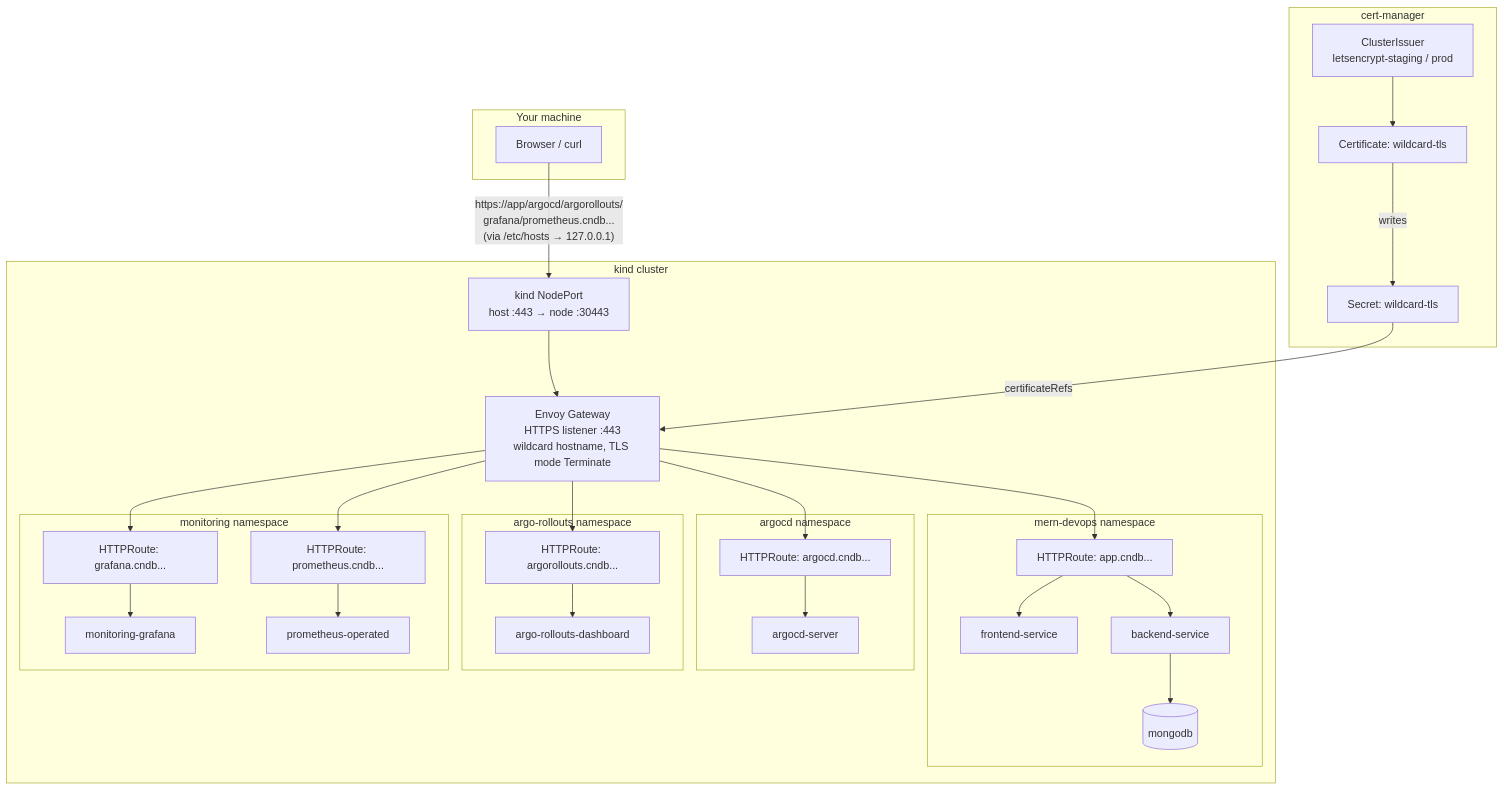
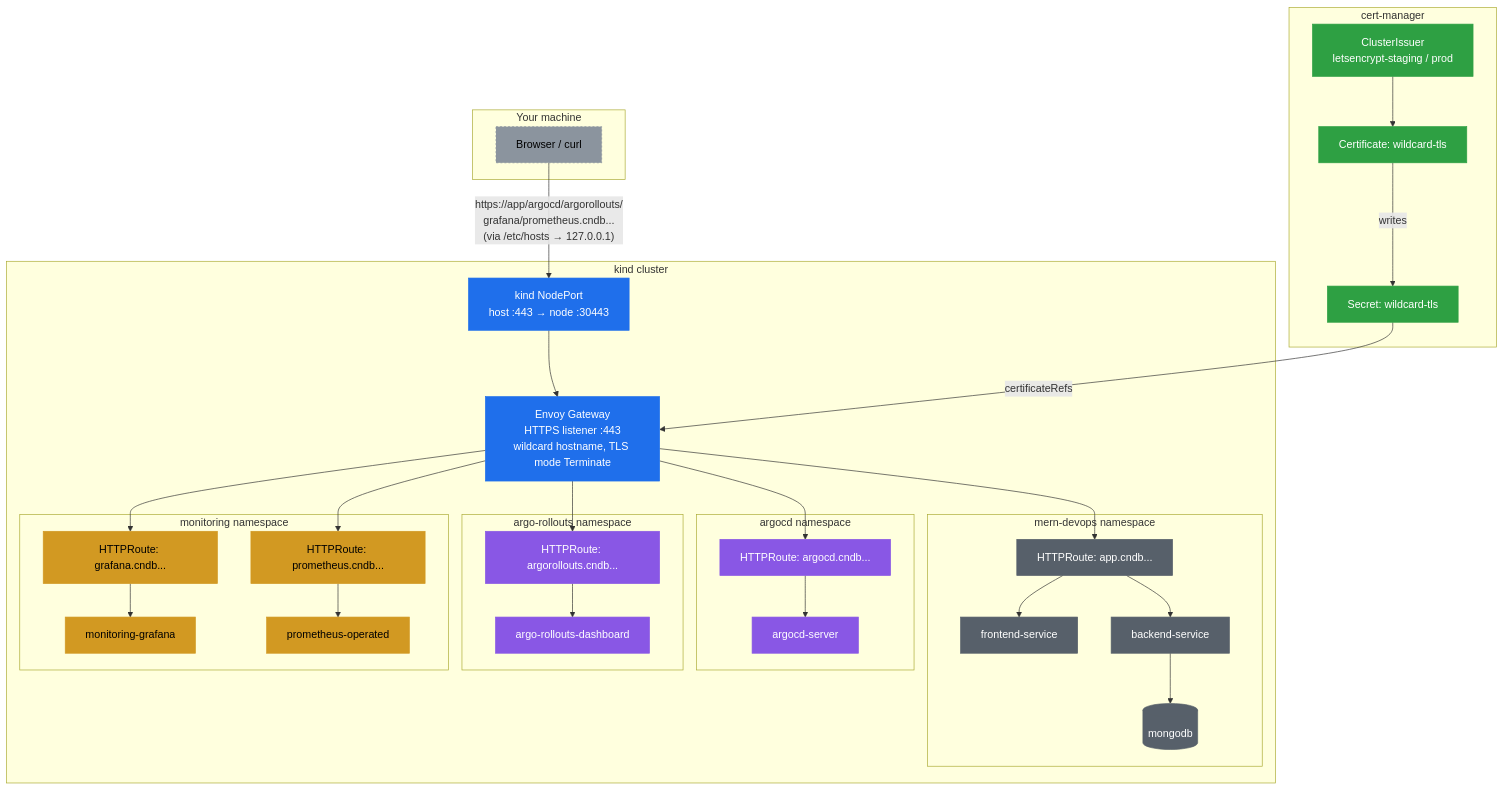
The second of 3 diagrams in README.md (atkaridarshan04/cloudnative-devops-blueprint), drawn with Mermaid before and after one commit. The commit also changed other lines of this file and 24 other files, not shown here.

Commit message:
docs: fix doc/manifest mismatches, trim noisy comments, improve diagrams, reorganize assets, drop dead config

````diff
--- a/README.md
+++ b/README.md
@@ -116,54 +130,68 @@
 ```mermaid
 flowchart TD
     subgraph "Your machine"
         Browser[Browser / curl]
     end
 
     subgraph "kind cluster"
         NP[kind NodePort<br/>host :443 → node :30443]
         GW[Envoy Gateway<br/>HTTPS listener :443<br/>wildcard hostname, TLS mode Terminate]
 
         subgraph "mern-devops namespace"
             AppRoute[HTTPRoute: app.cndb...]
             FE[frontend-service]
             BE[backend-service]
             DB[(mongodb)]
         end
 
         subgraph "argocd namespace"
             ArgoRoute[HTTPRoute: argocd.cndb...]
             ArgoSvc[argocd-server]
         end
 
         subgraph "argo-rollouts namespace"
             RolloutsRoute[HTTPRoute: argorollouts.cndb...]
             RolloutsSvc[argo-rollouts-dashboard]
         end
 
         subgraph "monitoring namespace"
             GrafanaRoute[HTTPRoute: grafana.cndb...]
             PromRoute[HTTPRoute: prometheus.cndb...]
             GrafanaSvc[monitoring-grafana]
             PromSvc[prometheus-operated]
         end
     end
 
     subgraph "cert-manager"
         CI[ClusterIssuer<br/>letsencrypt-staging / prod]
         Cert[Certificate: wildcard-tls]
         Secret[Secret: wildcard-tls]
     end
 
     Browser -->|"https://app/argocd/argorollouts/<br/>grafana/prometheus.cndb...<br/>(via /etc/hosts → 127.0.0.1)"| NP
     NP --> GW
     GW --> AppRoute --> FE
     AppRoute --> BE --> DB
     GW --> ArgoRoute --> ArgoSvc
     GW --> RolloutsRoute --> RolloutsSvc
     GW --> GrafanaRoute --> GrafanaSvc
     GW --> PromRoute --> PromSvc
 
     CI --> Cert
     Cert -->|writes| Secret
     Secret -->|certificateRefs| GW
+
+    classDef gateway fill:#1f6feb,color:#fff,stroke:#1f6feb
+    classDef certmgr fill:#2ea043,color:#fff,stroke:#2ea043
+    classDef argocd fill:#8957e5,color:#fff,stroke:#8957e5
+    classDef monitoring fill:#d29922,color:#000,stroke:#d29922
+    classDef app fill:#57606a,color:#fff,stroke:#57606a
+    classDef external fill:#8b949e,color:#000,stroke:#8b949e,stroke-dasharray: 3 3
+
+    class Browser external
+    class NP,GW gateway
+    class AppRoute,FE,BE,DB app
+    class ArgoRoute,ArgoSvc,RolloutsRoute,RolloutsSvc argocd
+    class GrafanaRoute,PromRoute,GrafanaSvc,PromSvc monitoring
+    class CI,Cert,Secret certmgr
 ```
````
